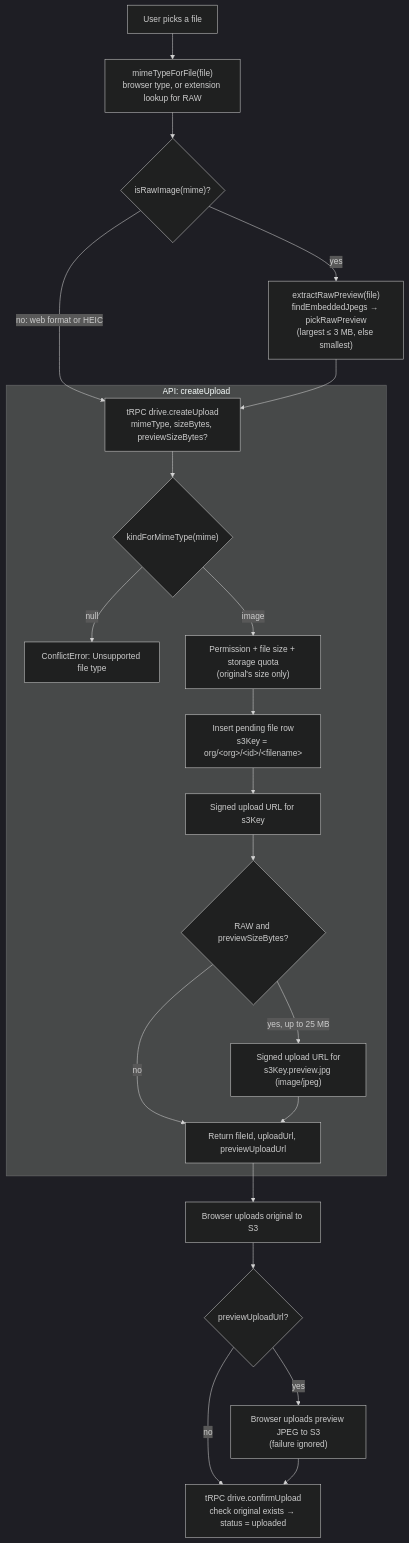
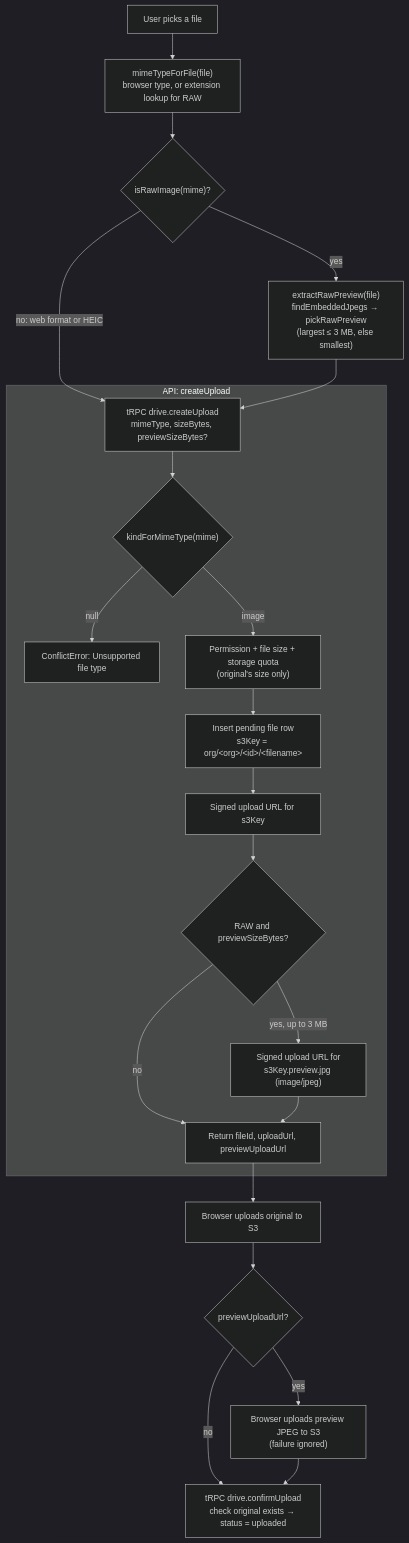
One commit to FaXaq/echo changed the first of 3 diagrams in packages/modules/src/drive/README.md. Above: the diagram before and after it, drawn with Mermaid (dark theme). The commit also changed other lines of this file and 2 other files, not shown here.

Commit message:
fix(drive): lower raw preview cap to 3 MB
The browser already picks previews under 3 MB, so the API now enforces the same limit
through one shared constant.

````diff
--- a/packages/modules/src/drive/README.md
+++ b/packages/modules/src/drive/README.md
@@ -17,26 +17,26 @@
 ```mermaid
 flowchart TD
     A[User picks a file] --> B["mimeTypeForFile(file)<br/>browser type, or extension lookup for RAW"]
     B --> C{"isRawImage(mime)?"}
     C -- "no: web format or HEIC" --> E
     C -- yes --> D["extractRawPreview(file)<br/>findEmbeddedJpegs → pickRawPreview<br/>(largest ≤ 3 MB, else smallest)"]
     D --> E["tRPC drive.createUpload<br/>mimeType, sizeBytes, previewSizeBytes?"]
 
     subgraph API ["API: createUpload"]
         E --> F{"kindForMimeType(mime)"}
         F -- null --> X[ConflictError: Unsupported file type]
         F -- image --> G["Permission + file size + storage quota<br/>(original's size only)"]
         G --> H["Insert pending file row<br/>s3Key = org/&lt;org&gt;/&lt;id&gt;/&lt;filename&gt;"]
         H --> I["Signed upload URL for s3Key"]
         I --> J{"RAW and previewSizeBytes?"}
-        J -- "yes, up to 25 MB" --> K["Signed upload URL for<br/>s3Key.preview.jpg (image/jpeg)"]
+        J -- "yes, up to 3 MB" --> K["Signed upload URL for<br/>s3Key.preview.jpg (image/jpeg)"]
         J -- no --> L
         K --> L["Return fileId, uploadUrl, previewUploadUrl"]
     end
 
     L --> M["Browser uploads original to S3"]
     M --> N{"previewUploadUrl?"}
     N -- yes --> O["Browser uploads preview JPEG to S3<br/>(failure ignored)"]
     N -- no --> P
     O --> P["tRPC drive.confirmUpload<br/>check original exists → status = uploaded"]
 ```
````
